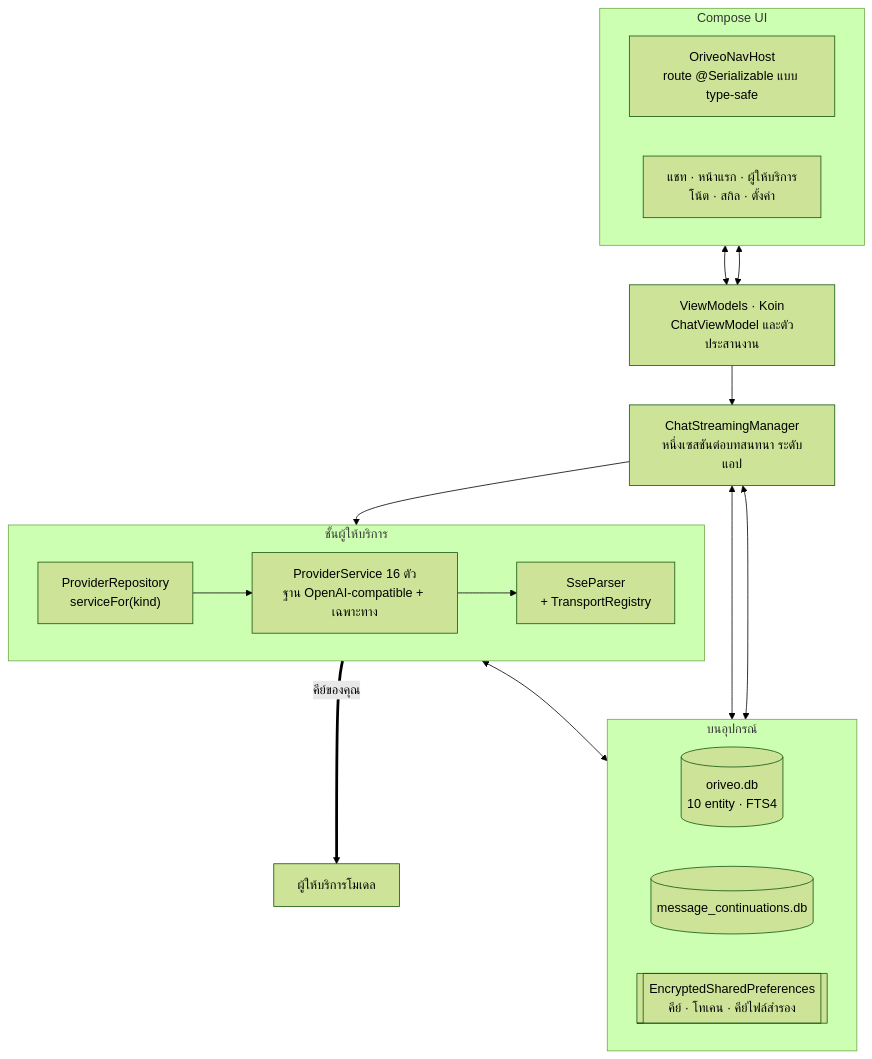
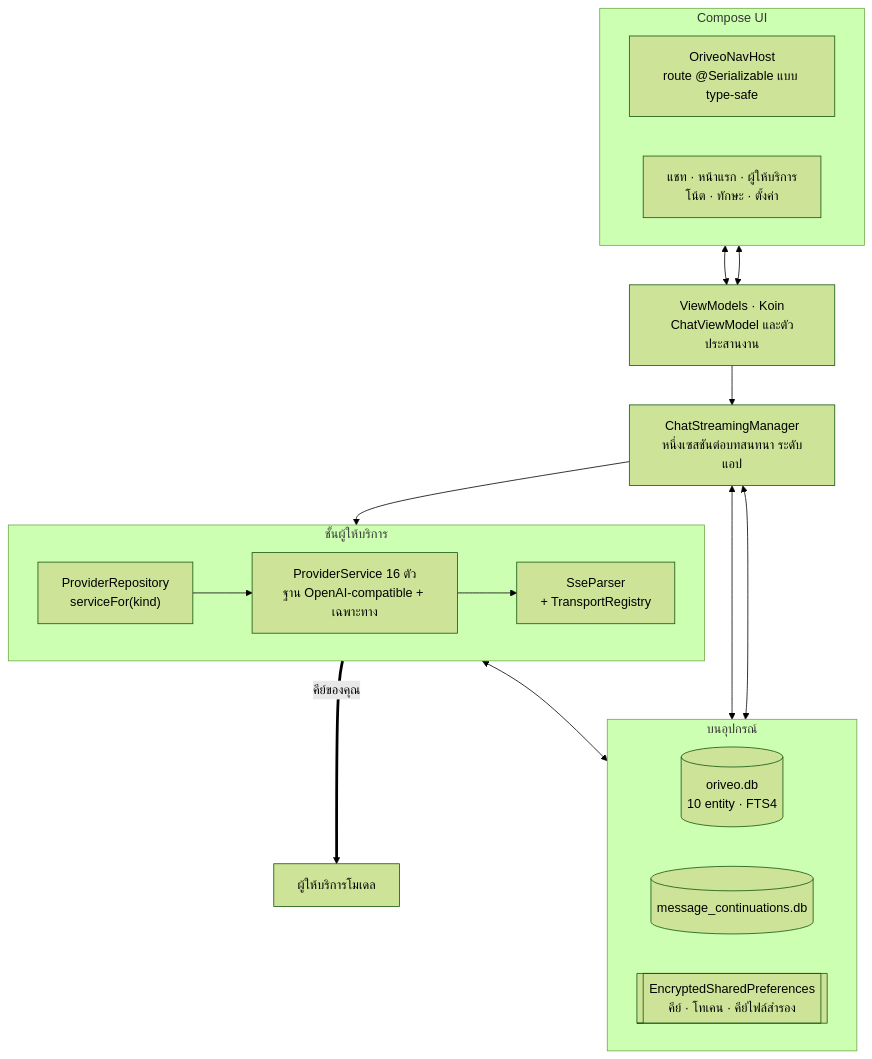
Before and after one commit to oriveo/oriveo: the diagram in readme_i18n/th/android.md, drawn with Mermaid (forest theme). The commit also changed other lines of this file and 89 other files, not shown here.

````diff
--- a/readme_i18n/th/android.md
+++ b/readme_i18n/th/android.md
@@ -47,34 +47,34 @@
 ```mermaid
 flowchart TB
     subgraph ui ["Compose UI"]
         direction LR
         nav["OriveoNavHost<br/>route @Serializable แบบ type-safe"]
-        screens["แชท · หน้าแรก · ผู้ให้บริการ<br/>โน้ต · สกิล · ตั้งค่า"]
+        screens["แชท · หน้าแรก · ผู้ให้บริการ<br/>โน้ต · ทักษะ · ตั้งค่า"]
     end
 
     vms["ViewModels · Koin<br/>ChatViewModel และตัวประสานงาน"]
 
     streaming["ChatStreamingManager<br/>หนึ่งเซสชันต่อบทสนทนา ระดับแอป"]
 
     subgraph data ["บนอุปกรณ์"]
         direction LR
         room[("oriveo.db<br/>10 entity · FTS4")]
         cont[("message_continuations.db")]
         keys[["EncryptedSharedPreferences<br/>คีย์ · โทเคน · คีย์ไฟล์สำรอง"]]
     end
 
     subgraph net ["ชั้นผู้ให้บริการ"]
         direction LR
         repo["ProviderRepository<br/>serviceFor(kind)"]
         svc["ProviderService 16 ตัว<br/>ฐาน OpenAI-compatible + เฉพาะทาง"]
         sse["SseParser<br/>+ TransportRegistry"]
     end
 
     nav & screens <--> vms
     vms --> streaming
     streaming --> repo
     repo --> svc --> sse
     streaming <--> room & cont
     svc <--> keys
     sse ==>|"คีย์ของคุณ"| up["ผู้ให้บริการโมเดล"]
 ```
````
